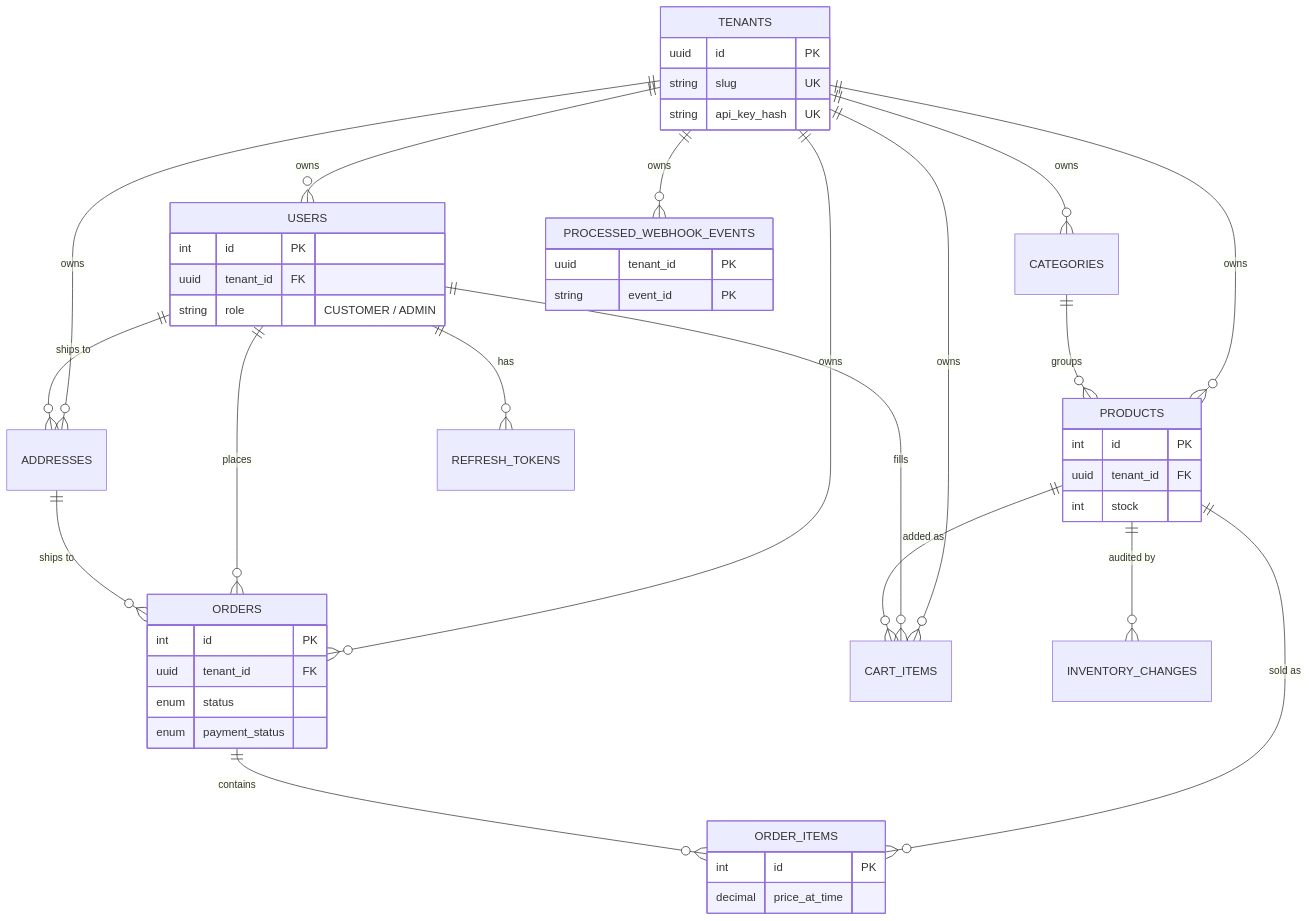
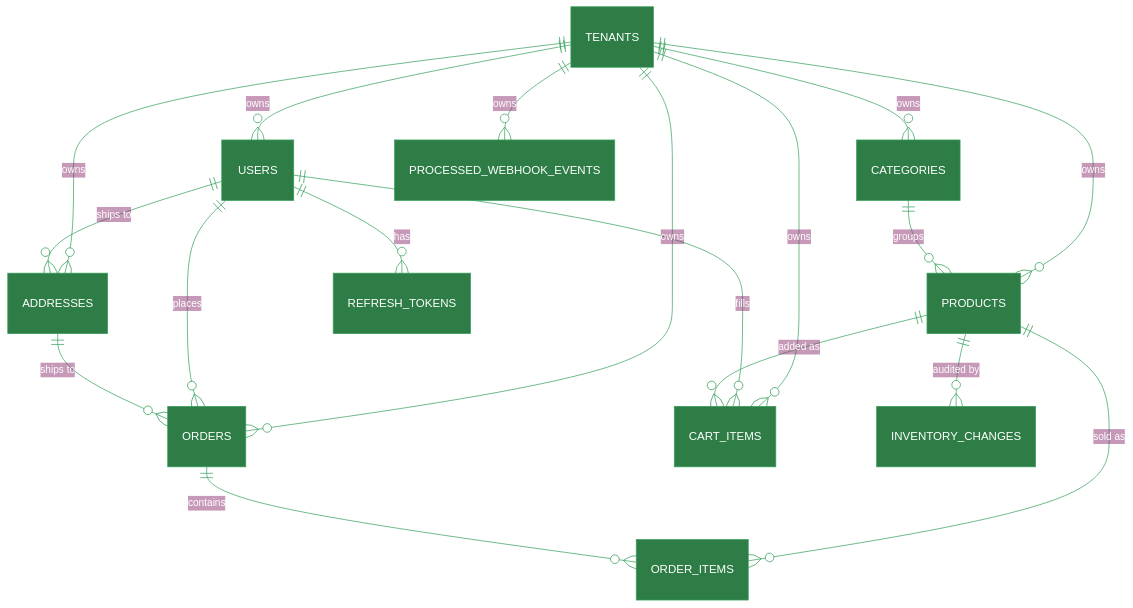
One commit to venixhq/venix changed the fourth of 7 diagrams in README.md. Above: the diagram before and after it, drawn with Mermaid. The commit also changed other lines of this file, not shown here.

````diff
--- a/README.md
+++ b/README.md
@@ -194,50 +194,21 @@
 ```mermaid
+%%{init: {'theme':'base','themeVariables':{'primaryColor':'#2E7D46','primaryTextColor':'#FFFFFF','primaryBorderColor':'#37A05C','lineColor':'#37A05C','fontFamily':'ui-sans-serif, system-ui, sans-serif'}}}%%
 erDiagram
     TENANTS ||--o{ USERS : owns
     TENANTS ||--o{ CATEGORIES : owns
     TENANTS ||--o{ PRODUCTS : owns
     TENANTS ||--o{ ORDERS : owns
     TENANTS ||--o{ CART_ITEMS : owns
     TENANTS ||--o{ ADDRESSES : owns
     TENANTS ||--o{ PROCESSED_WEBHOOK_EVENTS : owns
     USERS ||--o{ REFRESH_TOKENS : "has"
     USERS ||--o{ ADDRESSES : "ships to"
     USERS ||--o{ CART_ITEMS : fills
     USERS ||--o{ ORDERS : places
     CATEGORIES ||--o{ PRODUCTS : groups
     PRODUCTS ||--o{ CART_ITEMS : "added as"
     PRODUCTS ||--o{ ORDER_ITEMS : "sold as"
     PRODUCTS ||--o{ INVENTORY_CHANGES : "audited by"
     ADDRESSES ||--o{ ORDERS : "ships to"
     ORDERS ||--o{ ORDER_ITEMS : contains
-
-    TENANTS {
-        uuid id PK
-        string slug UK
-        string api_key_hash UK
-    }
-    USERS {
-        int id PK
-        uuid tenant_id FK
-        string role "CUSTOMER / ADMIN"
-    }
-    PRODUCTS {
-        int id PK
-        uuid tenant_id FK
-        int stock
-    }
-    ORDERS {
-        int id PK
-        uuid tenant_id FK
-        enum status
-        enum payment_status
-    }
-    ORDER_ITEMS {
-        int id PK
-        decimal price_at_time
-    }
-    PROCESSED_WEBHOOK_EVENTS {
-        uuid tenant_id PK
-        string event_id PK
-    }
 ```
````
